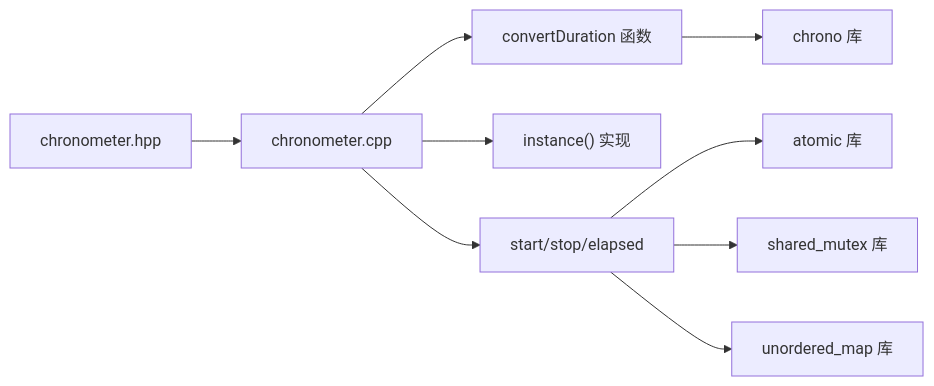
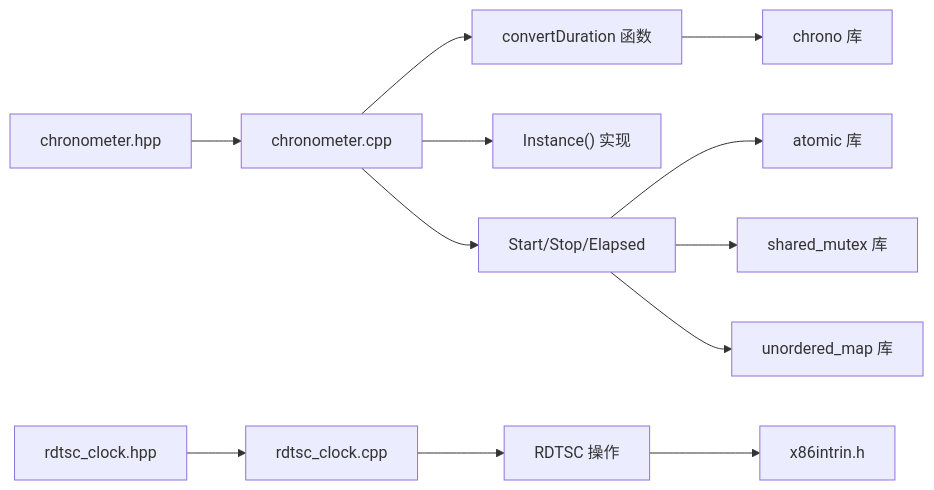
Before and after one commit to xuetianhao98/chronometer: diagram 18 of 20 in .qoder/repowiki/zh/content/实现细节/实现细节.md, drawn with Mermaid. The commit also changed other lines of this file and 12 other files, not shown here.

````diff
--- a/.qoder/repowiki/zh/content/实现细节/实现细节.md
+++ b/.qoder/repowiki/zh/content/实现细节/实现细节.md
@@ -397,11 +642,14 @@
 ```mermaid
 graph LR
 Header["chronometer.hpp"] --> Impl["chronometer.cpp"]
+RdtscHeader["rdtsc_clock.hpp"] --> RdtscImpl["rdtsc_clock.cpp"]
 Impl --> Converter["convertDuration 函数"]
-Impl --> Singleton["instance() 实现"]
-Impl --> Operations["start/stop/elapsed"]
+Impl --> Singleton["Instance() 实现"]
+Impl --> Operations["Start/Stop/Elapsed"]
+RdtscImpl --> RdtscOps["RDTSC 操作"]
 Converter --> Chrono["chrono 库"]
 Operations --> Atomic["atomic 库"]
 Operations --> Mutex["shared_mutex 库"]
 Operations --> HashMap["unordered_map 库"]
+RdtscOps --> Intrinsics["x86intrin.h"]
 ```
````
